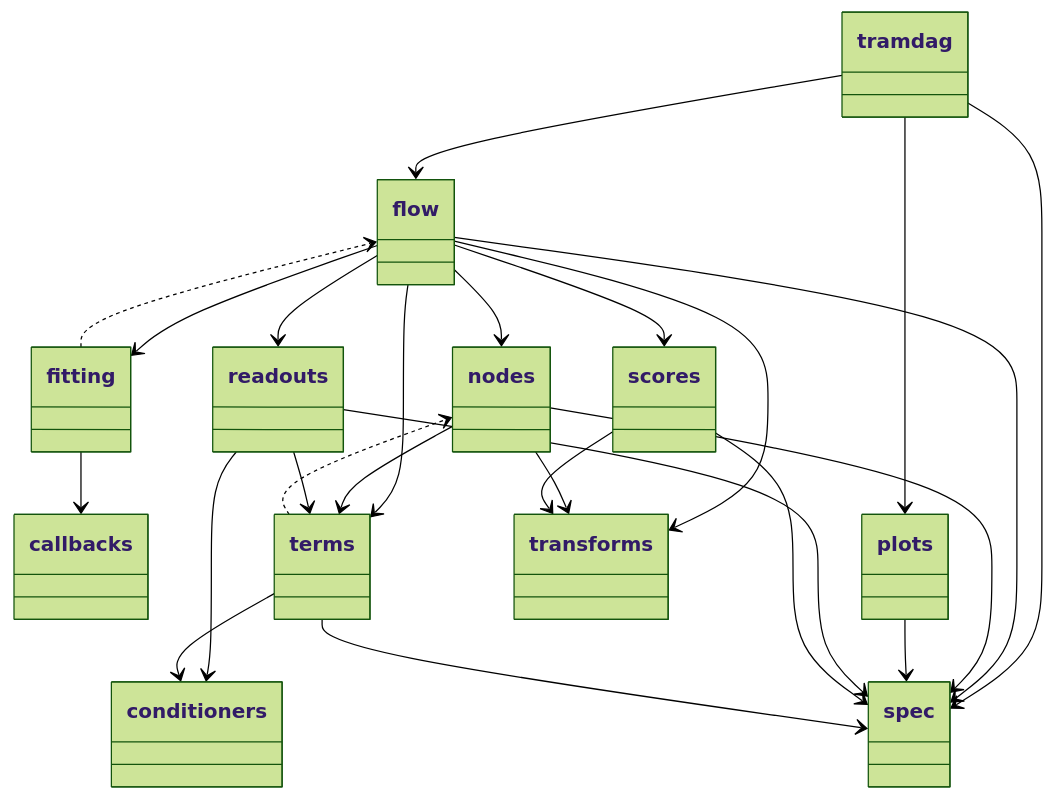
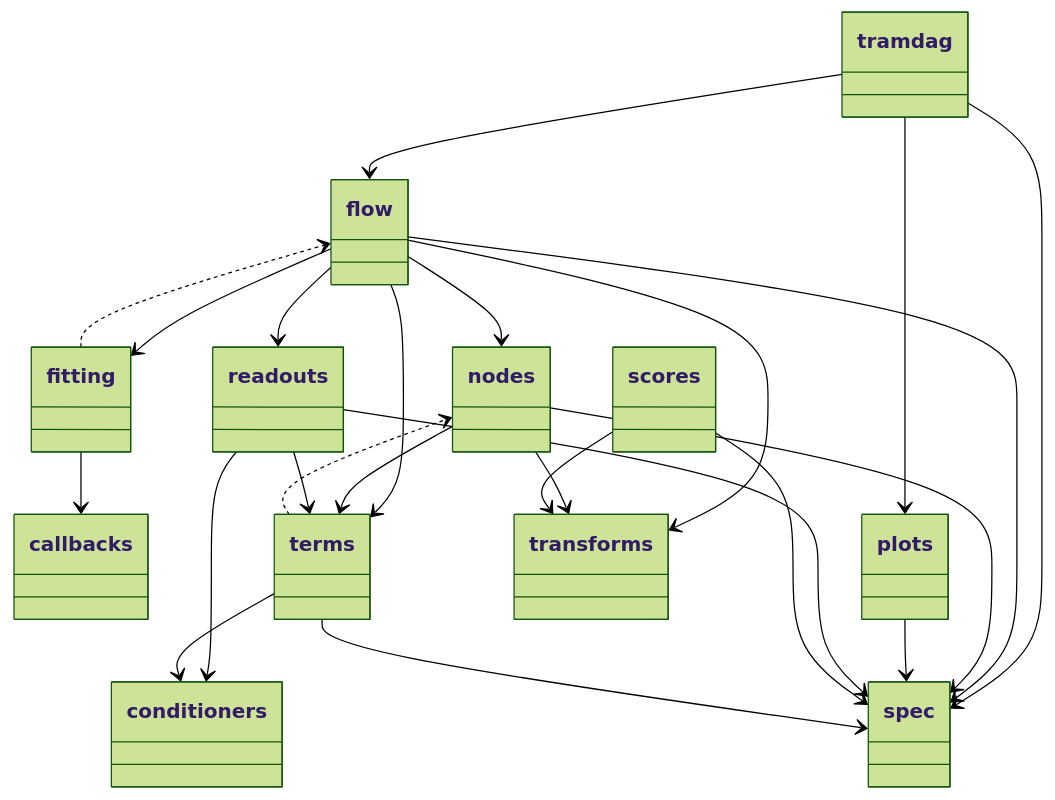
One commit to tensorchiefs/tramdag changed the third of 6 diagrams in docs/architecture.md. Above: the diagram before and after it, drawn with Mermaid (forest theme). The commit also changed other lines of this file and 8 other files, not shown here.

````diff
--- a/docs/architecture.md
+++ b/docs/architecture.md
@@ -154,51 +154,50 @@
 ```mermaid
 classDiagram
   class tramdag {
   }
   class callbacks {
   }
   class conditioners {
   }
   class fitting {
   }
   class flow {
   }
   class nodes {
   }
   class plots {
   }
   class readouts {
   }
   class scores {
   }
   class spec {
   }
   class terms {
   }
   class transforms {
   }
   tramdag --> flow
   tramdag --> plots
   tramdag --> spec
   fitting --> callbacks
   flow --> fitting
   flow --> nodes
   flow --> readouts
-  flow --> scores
   flow --> spec
   flow --> terms
   flow --> transforms
   nodes --> spec
   nodes --> terms
   nodes --> transforms
   plots --> spec
   readouts --> conditioners
   readouts --> spec
   readouts --> terms
   scores --> spec
   scores --> transforms
   terms --> conditioners
   terms --> spec
   fitting ..> flow
   terms ..> nodes
 ```
````
